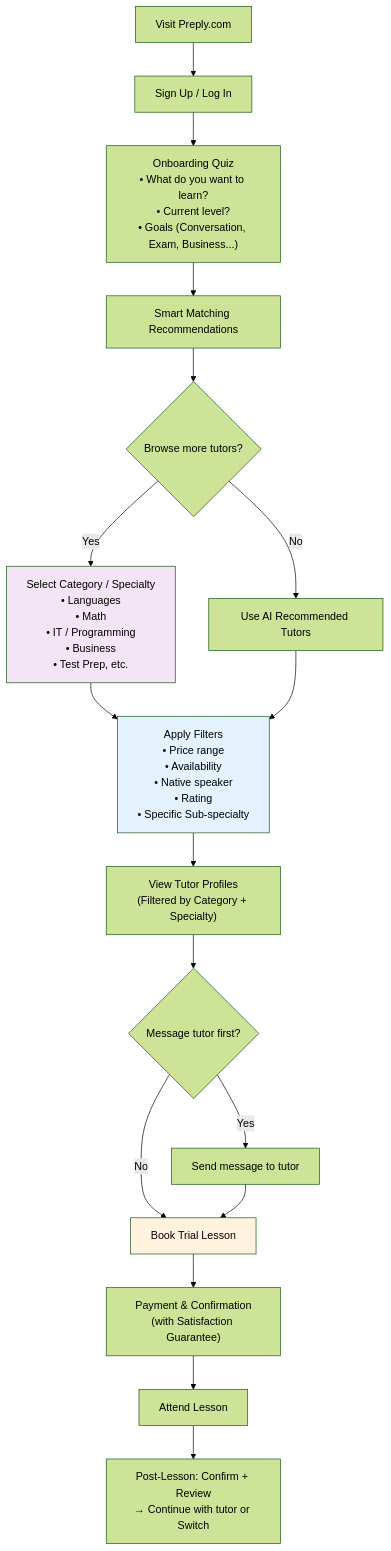
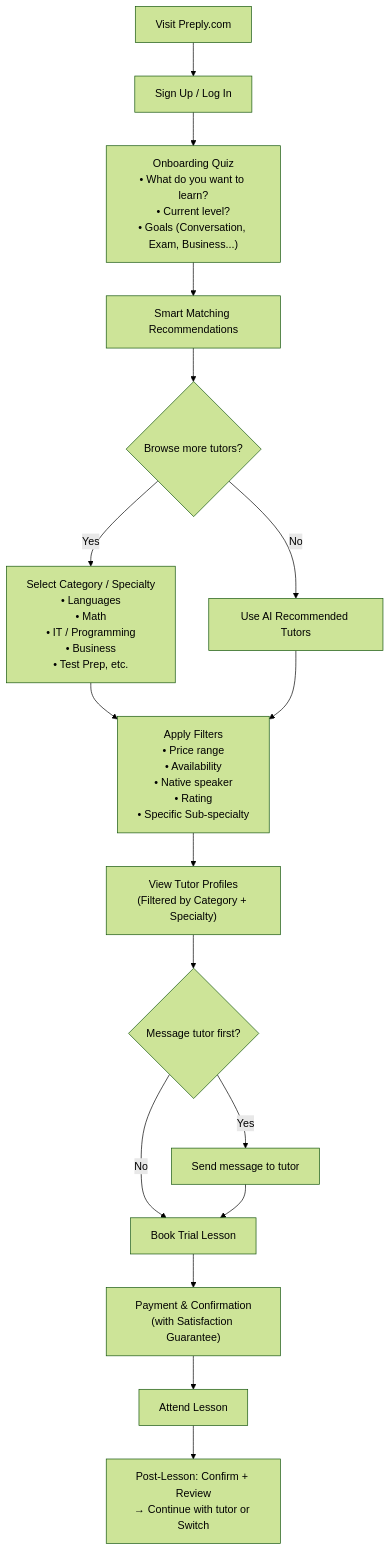
Before and after one commit to MehranDHN/HerzfeldDocuments: the fourth of 11 diagrams in data/UIUXWorkflow.md, drawn with Mermaid (forest theme). The commit also changed other lines of this file, not shown here.

````diff
--- a/data/UIUXWorkflow.md
+++ b/data/UIUXWorkflow.md
@@ -98,37 +98,34 @@
 ```mermaid
 flowchart TD
     Start["Visit Preply.com"] --> Signup["Sign Up / Log In"]
 
     Signup --> Quiz["Onboarding Quiz<br>• What do you want to learn?<br>• Current level?<br>• Goals (Conversation, Exam, Business...)"]
 
     Quiz --> Matching["Smart Matching Recommendations"]
 
     Matching --> Browse{"Browse more tutors?"}
     
     Browse -->|Yes| CategorySelect["Select Category / Specialty<br>• Languages<br>• Math<br>• IT / Programming<br>• Business<br>• Test Prep, etc."]
     
     Browse -->|No| UseRecommended["Use AI Recommended Tutors"]
 
     CategorySelect --> Filters["Apply Filters<br>• Price range<br>• Availability<br>• Native speaker<br>• Rating<br>• Specific Sub-specialty"]
 
     UseRecommended --> Filters
 
     Filters --> Profiles["View Tutor Profiles<br>(Filtered by Category + Specialty)"]
 
     Profiles --> Message{"Message tutor first?"}
     
     Message -->|Yes| Chat["Send message to tutor"]
     Message -->|No| Book["Book Trial Lesson"]
 
     Chat --> Book
 
     Book --> Payment["Payment & Confirmation<br>(with Satisfaction Guarantee)"]
 
     Payment --> Lesson["Attend Lesson"]
 
     Lesson --> Review["Post-Lesson: Confirm + Review<br>→ Continue with tutor or Switch"]
 
-    style CategorySelect fill:#f3e5f5
-    style Filters fill:#e3f2fd
-    style Book fill:#fff3e0
 ```
````
